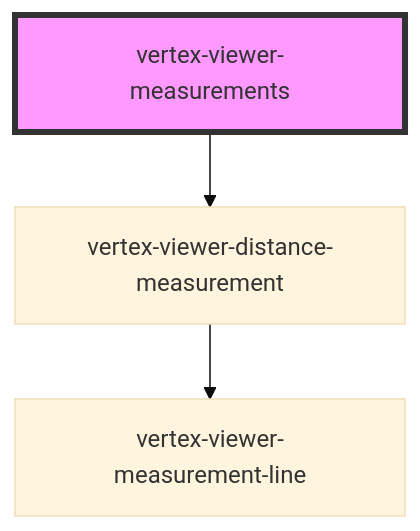
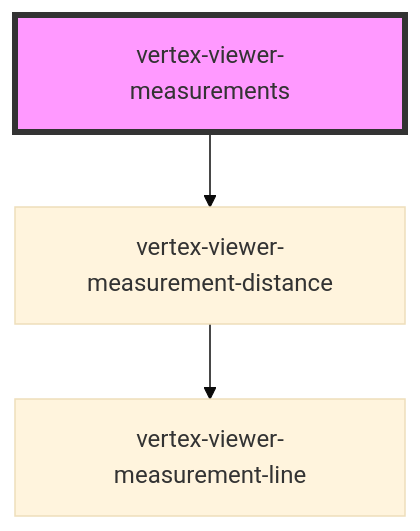
The diagram in packages/viewer/src/components/viewer-measurements/readme.md (Vertexvis/vertex-web-sdk), drawn with Mermaid (base theme) before and after one commit. The commit also changed other lines of this file and 14 other files, not shown here.

Commit message:
Rename distance measurement component

````diff
--- a/packages/viewer/src/components/viewer-measurements/readme.md
+++ b/packages/viewer/src/components/viewer-measurements/readme.md
@@ -252,6 +252,6 @@
 ```mermaid
 graph TD;
-  vertex-viewer-measurements --> vertex-viewer-distance-measurement
-  vertex-viewer-distance-measurement --> vertex-viewer-measurement-line
+  vertex-viewer-measurements --> vertex-viewer-measurement-distance
+  vertex-viewer-measurement-distance --> vertex-viewer-measurement-line
   style vertex-viewer-measurements fill:#f9f,stroke:#333,stroke-width:4px
 ```
````
